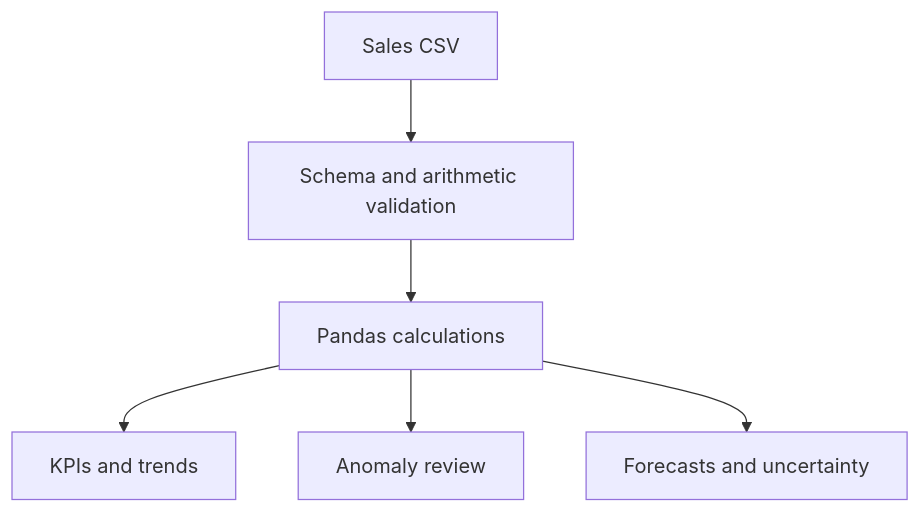
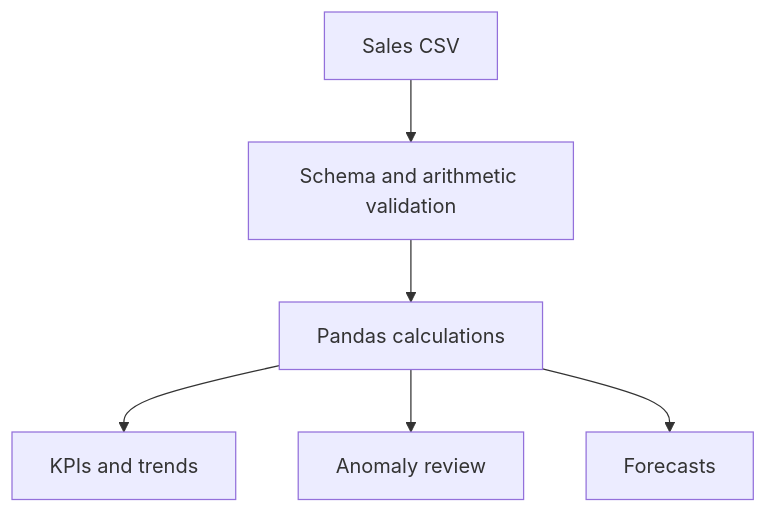
Before and after one commit to Osaydj/InsightIQ-Showcase: the diagram in README.md, drawn with Mermaid.

Commit message:
Improve showcase diagram layout

````diff
--- a/README.md
+++ b/README.md
@@ -40,8 +40,8 @@
 ```mermaid
 flowchart TD
     A["Sales CSV"] --> B["Schema and arithmetic validation"]
     B --> C["Pandas calculations"]
     C --> D["KPIs and trends"]
     C --> E["Anomaly review"]
-    C --> F["Forecasts and uncertainty"]
+    C --> F["Forecasts"]
 ```
````
